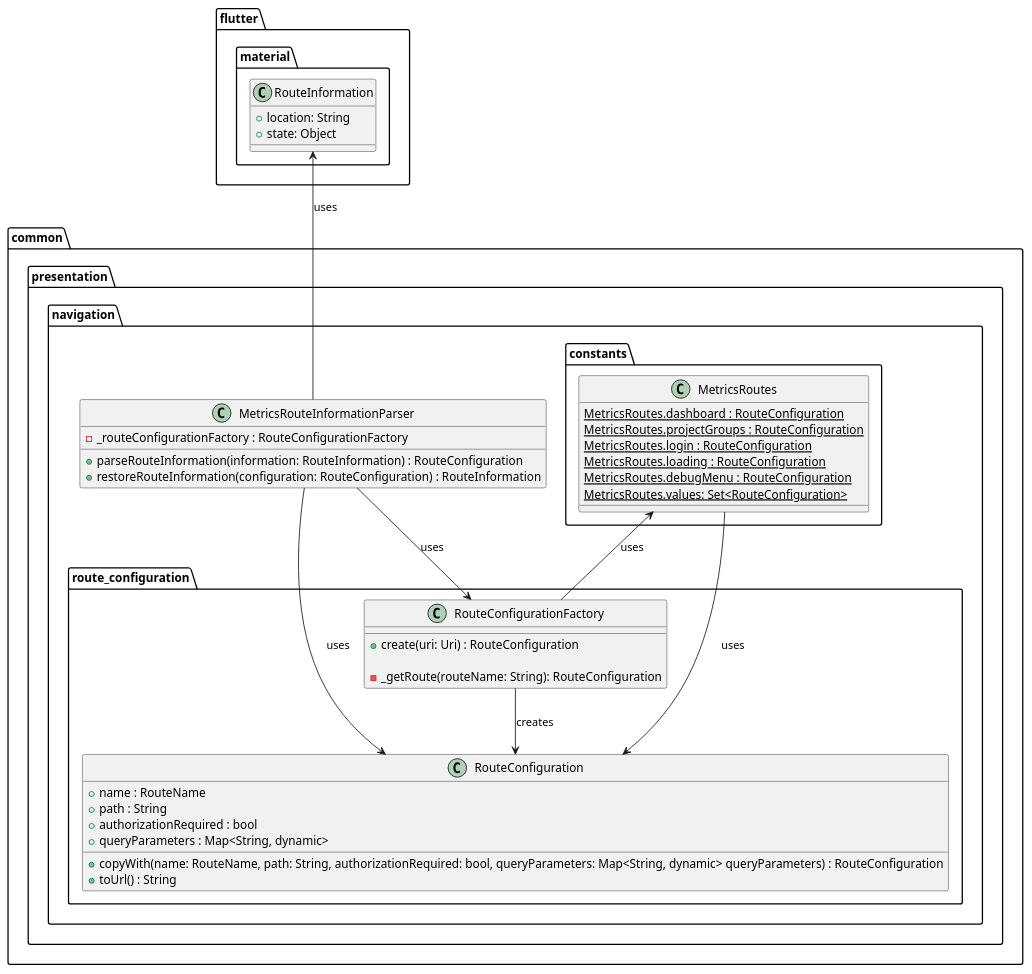
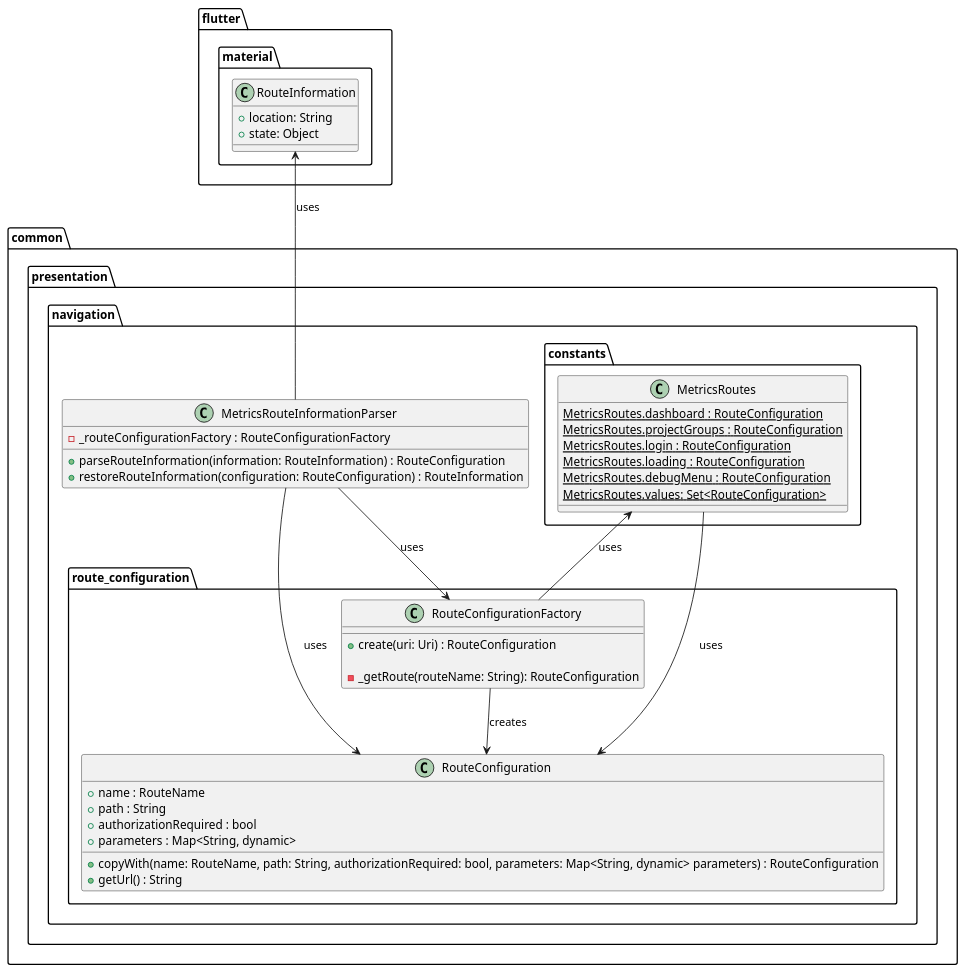
The diagram in metrics/web/docs/features/deep_links/diagrams/parsing_deep_links_class_diagram.puml (Flank/flank-dashboard), drawn with PlantUML before and after one commit. The commit also changed 3 other files, not shown here.

```diff
--- a/metrics/web/docs/features/deep_links/diagrams/parsing_deep_links_class_diagram.puml
+++ b/metrics/web/docs/features/deep_links/diagrams/parsing_deep_links_class_diagram.puml
@@ -1,57 +1,57 @@
 @startuml parsing_deep_links_class_diagram
 
 package common.presentation.navigation {
     class MetricsRouteInformationParser {
         - _routeConfigurationFactory : RouteConfigurationFactory
 
         + parseRouteInformation(information: RouteInformation) : RouteConfiguration
         + restoreRouteInformation(configuration: RouteConfiguration) : RouteInformation
     }
 
     package route_configuration {
         class RouteConfiguration {
             + name : RouteName
             + path : String
             + authorizationRequired : bool
-            + queryParameters : Map<String, dynamic>
+            + parameters : Map<String, dynamic>
 
-            + copyWith(name: RouteName, path: String, authorizationRequired: bool, queryParameters: Map<String, dynamic> queryParameters) : RouteConfiguration
-            + toUrl() : String
+            + copyWith(name: RouteName, path: String, authorizationRequired: bool, parameters: Map<String, dynamic> parameters) : RouteConfiguration
+            + getUrl() : String
         }
 
         class RouteConfigurationFactory {
             + create(uri: Uri) : RouteConfiguration
 
             - _getRoute(routeName: String): RouteConfiguration
         }
     }
 
     package constants {
         class MetricsRoutes {
             {static} MetricsRoutes.dashboard : RouteConfiguration
             {static} MetricsRoutes.projectGroups : RouteConfiguration
             {static} MetricsRoutes.login : RouteConfiguration
             {static} MetricsRoutes.loading : RouteConfiguration
             {static} MetricsRoutes.debugMenu : RouteConfiguration
             {static} MetricsRoutes.values: Set<RouteConfiguration>
         }
     }
 }
 
 package flutter.material {
     class RouteInformation {
         + location: String
         + state: Object
     }
 }
 
 MetricsRouteInformationParser --> RouteConfiguration : uses
 MetricsRouteInformationParser -up-> RouteInformation : uses
 MetricsRouteInformationParser --> RouteConfigurationFactory : uses
 
 RouteConfigurationFactory --> RouteConfiguration : creates
 RouteConfigurationFactory -up-> MetricsRoutes : uses
 
 MetricsRoutes --> RouteConfiguration : uses
 
 @enduml
```
